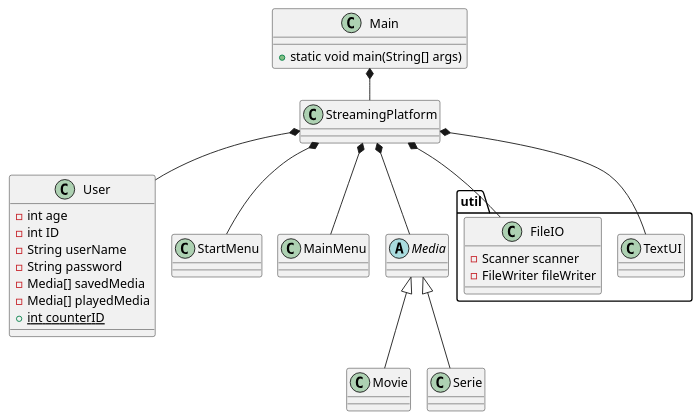
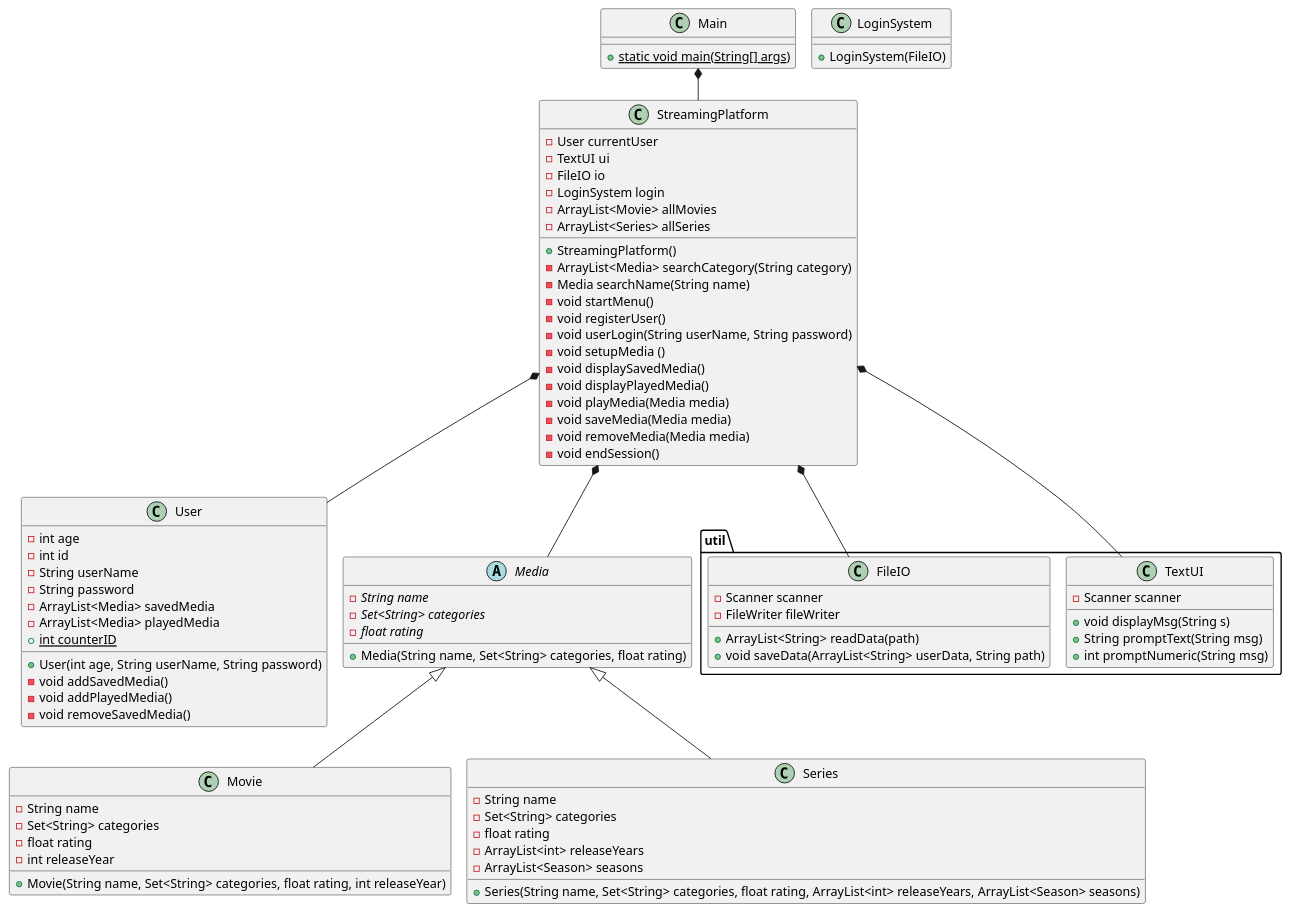
One commit to DavidK97/SP3 changed the diagram in doc/static/classdiagram.puml. Above: the diagram before and after it, drawn with PlantUML. The commit also changed 1 other file, not shown here.

```diff
--- a/doc/static/classdiagram.puml
+++ b/doc/static/classdiagram.puml
@@ -1,70 +1,110 @@
 @startuml
 'https://plantuml.com/sequence-diagram
 
 
 !pragma layout smetana
 
 class Main{
-+ static void main(String[] args)
++ {static}static void main(String[] args)
 }
 
 class StreamingPlatform{
+'attributes
+- User currentUser
+- TextUI ui
+- FileIO io
+- LoginSystem login
+- ArrayList<Movie> allMovies
+- ArrayList<Series> allSeries
 
+'methods
++ StreamingPlatform()
+- ArrayList<Media> searchCategory(String category)
+- Media searchName(String name)
+- void startMenu()
+- void registerUser()
+- void userLogin(String userName, String password)
+- void setupMedia ()
+- void displaySavedMedia()
+- void displayPlayedMedia()
+- void playMedia(Media media)
+- void saveMedia(Media media)
+- void removeMedia(Media media)
+- void endSession()
 }
 
 class User {
  - int age
- - int ID
+ - int id
  - String userName
  - String password
- - Media[] savedMedia
- - Media[] playedMedia
+ - ArrayList<Media> savedMedia
+ - ArrayList<Media> playedMedia
  + {static} int counterID
+ + User(int age, String userName, String password)
+ - void addSavedMedia()
+ - void addPlayedMedia()
+ - void removeSavedMedia()
 }
 
-class StartMenu{
 
+
+class Movie {
+- String name
+- Set<String> categories
+- float rating
+- int releaseYear
++ Movie(String name, Set<String> categories, float rating, int releaseYear)
 }
 
-class MainMenu{
-
-}
-
-class Movie {
-
-}
-
-class Serie {
-
+class Series {
+- String name
+- Set<String> categories
+- float rating
+- ArrayList<int> releaseYears
+- ArrayList<Season> seasons
++ Series(String name, Set<String> categories, float rating, ArrayList<int> releaseYears, ArrayList<Season> seasons)
 }
 
 abstract class Media{
+- {abstract} String name
+- {abstract} Set<String> categories
+- {abstract} float rating
++ Media(String name, Set<String> categories, float rating)
+}
 
+class LoginSystem{
++ LoginSystem(FileIO)
 }
 
 package "util" {
 class TextUI {
-
+ - Scanner scanner
+ + void displayMsg(String s)
+ + String promptText(String msg)
+ + int promptNumeric(String msg)
 }
 
 class FileIO{
  - Scanner scanner
  - FileWriter fileWriter
+ + ArrayList<String> readData(path)
+ + void saveData(ArrayList<String> userData, String path)
 }
-}
+
 
 Main *-- StreamingPlatform
 StreamingPlatform *-- User
-StreamingPlatform *-- StartMenu
-StreamingPlatform *-- MainMenu
 StreamingPlatform *-- Media
 StreamingPlatform *-- TextUI
 StreamingPlatform *-- FileIO
 
-Media <|-- Serie
+Media <|-- Series
 Media <|-- Movie
+
+'StartMenu *-- Log
 
 
 
 
 @enduml
```
